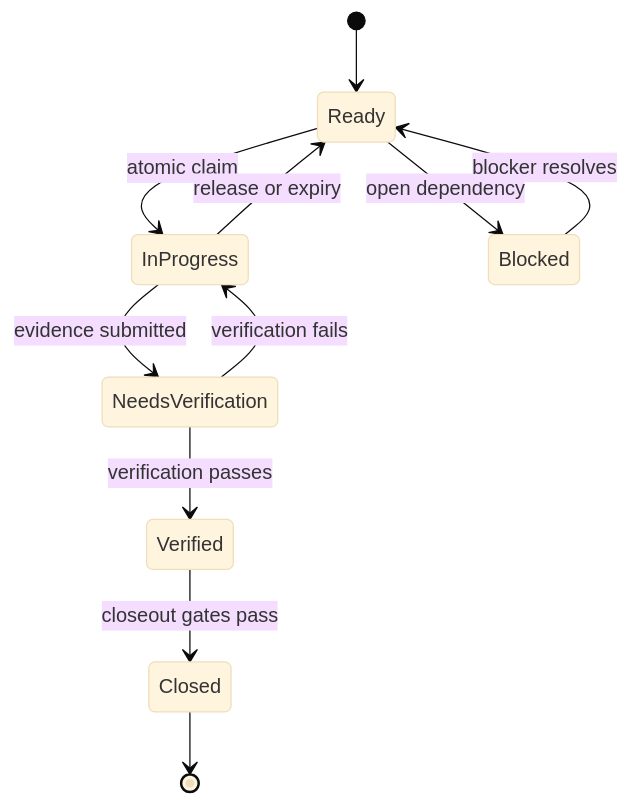
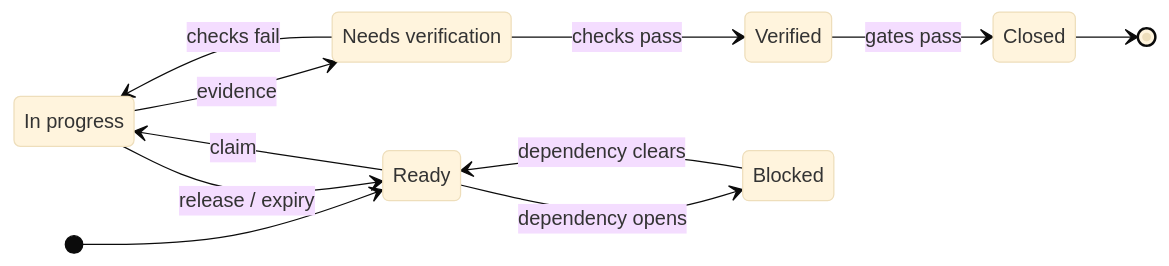
The first of 3 diagrams in README.md (mattrichmo/boreal-work), drawn with Mermaid (base theme) before and after one commit. The commit also changed other lines of this file, not shown here.

Commit message:
docs: clean up README state diagram

```diff
--- a/README.md
+++ b/README.md
@@ -170,13 +170,19 @@
 ~~~mermaid
 stateDiagram-v2
+    direction LR
+
+    state "In progress" as InProgress
+    state "Needs verification" as NeedsVerification
+
     [*] --> Ready
-    Ready --> InProgress: atomic claim
-    Ready --> Blocked: open dependency
-    Blocked --> Ready: blocker resolves
-    InProgress --> NeedsVerification: evidence submitted
-    NeedsVerification --> Verified: verification passes
-    NeedsVerification --> InProgress: verification fails
-    Verified --> Closed: closeout gates pass
-    InProgress --> Ready: release or expiry
+    Ready --> InProgress: claim
+    InProgress --> NeedsVerification: evidence
+    NeedsVerification --> Verified: checks pass
+    Verified --> Closed: gates pass
     Closed --> [*]
+
+    Ready --> Blocked: dependency opens
+    Blocked --> Ready: dependency clears
+    NeedsVerification --> InProgress: checks fail
+    InProgress --> Ready: release / expiry
 ~~~
```
